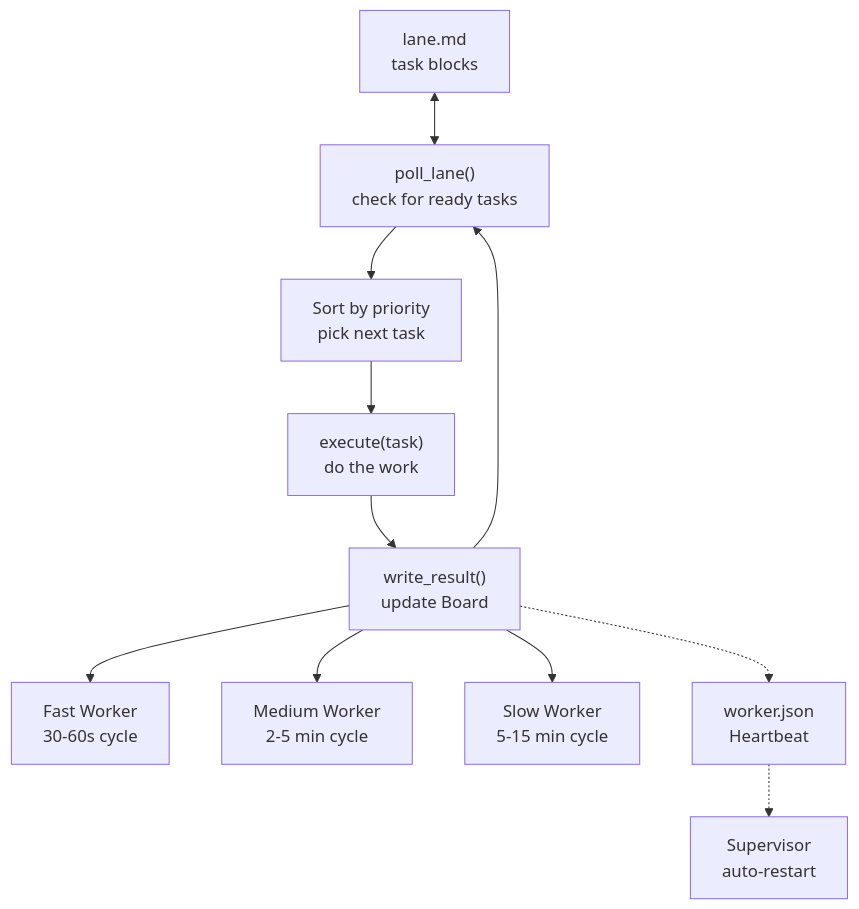
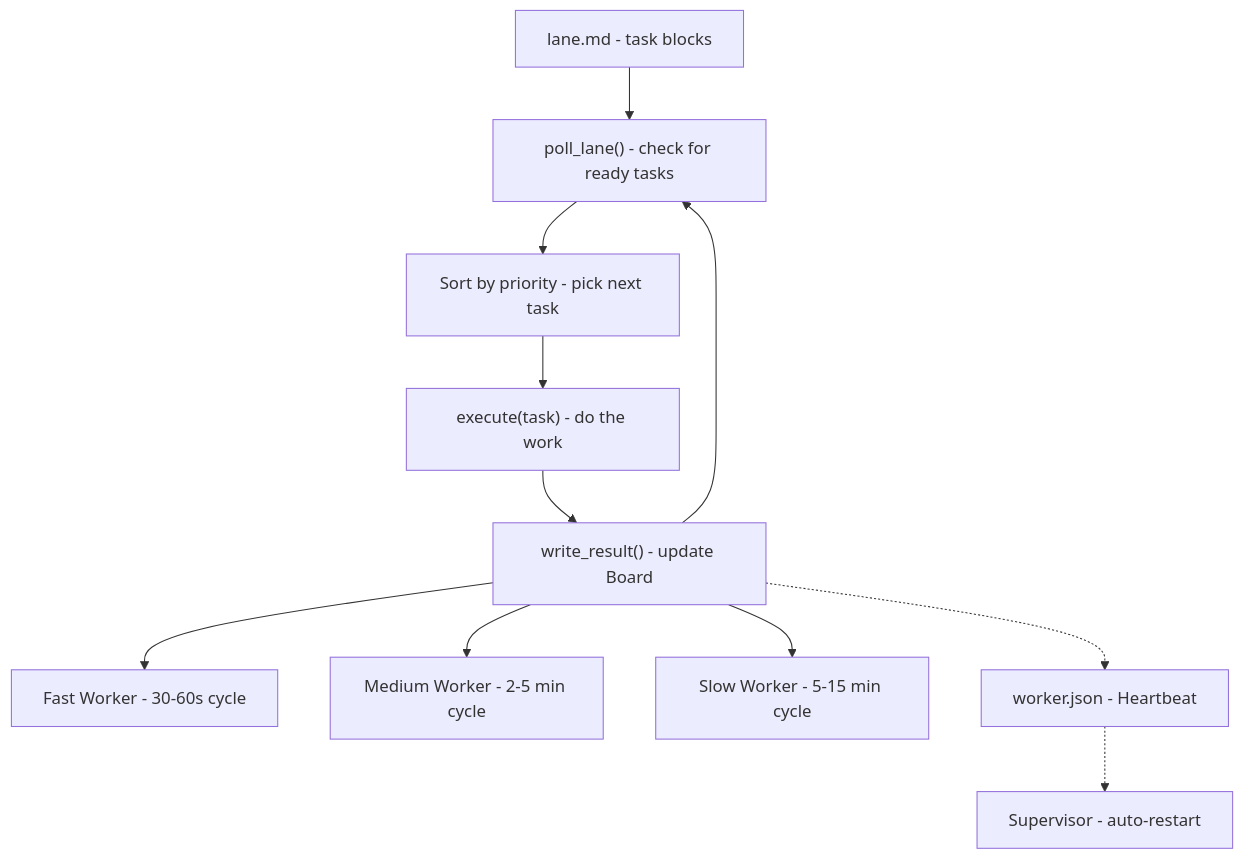
One commit to mmartoccia/ghost-orchestration-pattern changed the diagram in reference/LANE_WORKERS.md. Above: the diagram before and after it, drawn with Mermaid. The commit also changed 5 other files, not shown here.

Commit message:
Fix Mermaid: replace backslash-n and <--> with GitHub-safe syntax

````diff
--- a/reference/LANE_WORKERS.md
+++ b/reference/LANE_WORKERS.md
@@ -3,13 +3,13 @@
 ```mermaid
 flowchart TD
-    L["lane.md\ntask blocks"] <--> P
-    P["poll_lane()\ncheck for ready tasks"] --> R["Sort by priority\npick next task"]
-    R --> E["execute(task)\ndo the work"]
-    E --> W["write_result()\nupdate Board"]
+    L["lane.md - task blocks"] --> P
+    P["poll_lane() - check for ready tasks"] --> R["Sort by priority - pick next task"]
+    R --> E["execute(task) - do the work"]
+    E --> W["write_result() - update Board"]
     W --> P
-    W --> T1["Fast Worker\n30-60s cycle"]
-    W --> T2["Medium Worker\n2-5 min cycle"]
-    W --> T3["Slow Worker\n5-15 min cycle"]
-    W -.-> H["worker.json\nHeartbeat"]
-    H -.-> S["Supervisor\nauto-restart"]
+    W --> T1["Fast Worker - 30-60s cycle"]
+    W --> T2["Medium Worker - 2-5 min cycle"]
+    W --> T3["Slow Worker - 5-15 min cycle"]
+    W -.-> H["worker.json - Heartbeat"]
+    H -.-> S["Supervisor - auto-restart"]
 ```
````
